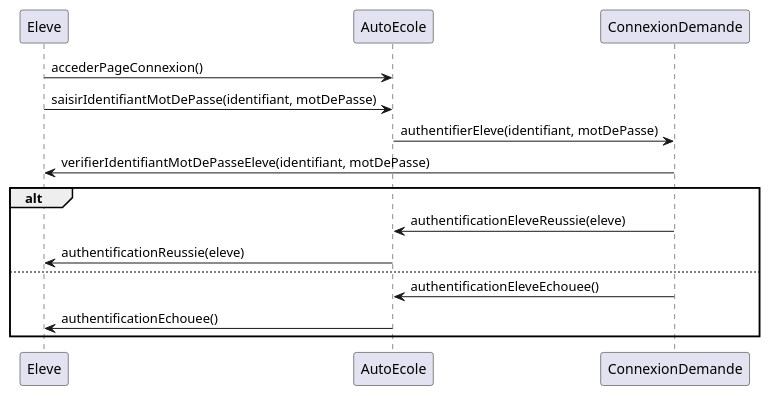
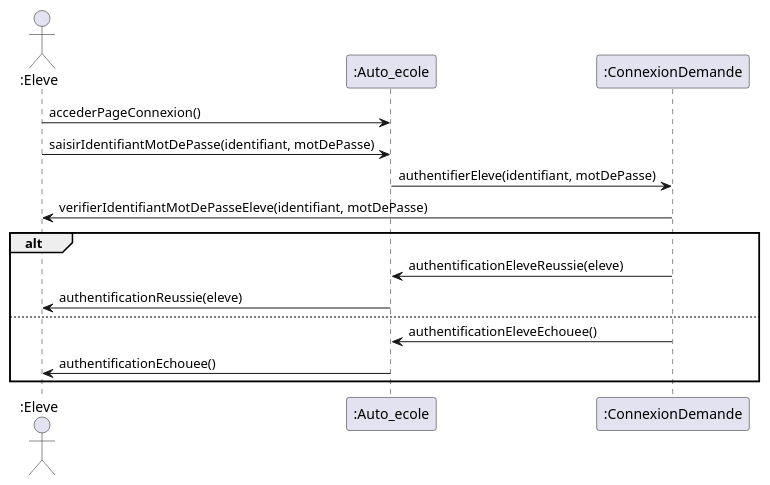
Before and after one commit to jerbi2026/Auto_ecole: the diagram in Rendu 2/Diagramme de sequence/s'authentifier.pu, drawn with PlantUML. The commit also changed 12 other files, not shown here.

```diff
--- a/Rendu 2/Diagramme de sequence/s'authentifier.pu
+++ b/Rendu 2/Diagramme de sequence/s'authentifier.pu
@@ -1,21 +1,23 @@
 @startuml
-participant Eleve
-participant AutoEcole
-participant ConnexionDemande
 
-Eleve->AutoEcole: accederPageConnexion()
+actor ":Eleve" as Eleve
+participant ":Auto_ecole" as Auto_ecole
+participant ":ConnexionDemande" as ConnexionDemande
 
-Eleve->AutoEcole: saisirIdentifiantMotDePasse(identifiant, motDePasse)
 
-AutoEcole->ConnexionDemande: authentifierEleve(identifiant, motDePasse)
+Eleve->Auto_ecole: accederPageConnexion()
+
+Eleve->Auto_ecole: saisirIdentifiantMotDePasse(identifiant, motDePasse)
+
+Auto_ecole->ConnexionDemande: authentifierEleve(identifiant, motDePasse)
 
 ConnexionDemande->Eleve: verifierIdentifiantMotDePasseEleve(identifiant, motDePasse)
 
 alt
-    ConnexionDemande->AutoEcole: authentificationEleveReussie(eleve)
-    AutoEcole->Eleve: authentificationReussie(eleve)
+    ConnexionDemande->Auto_ecole: authentificationEleveReussie(eleve)
+    Auto_ecole->Eleve: authentificationReussie(eleve)
 else
-    ConnexionDemande->AutoEcole: authentificationEleveEchouee()
-    AutoEcole->Eleve: authentificationEchouee()
+    ConnexionDemande->Auto_ecole: authentificationEleveEchouee()
+    Auto_ecole->Eleve: authentificationEchouee()
 end
 @enduml
```
